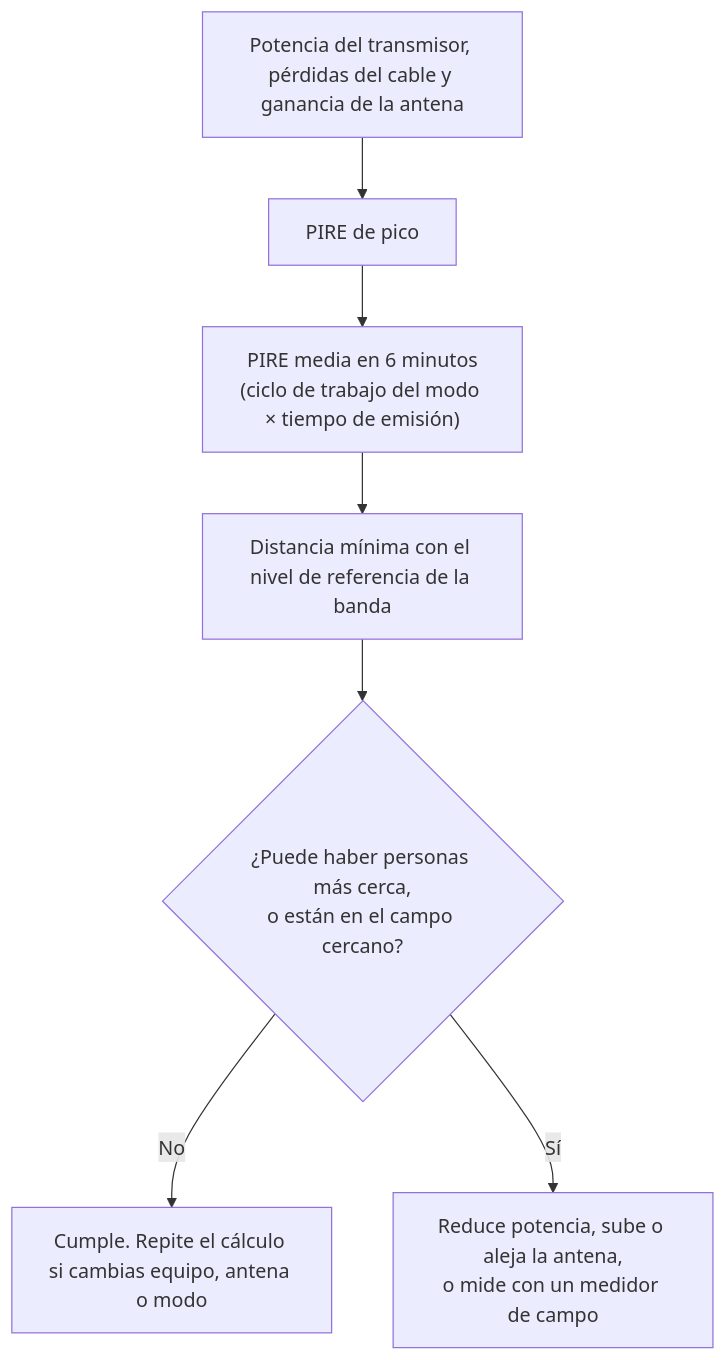
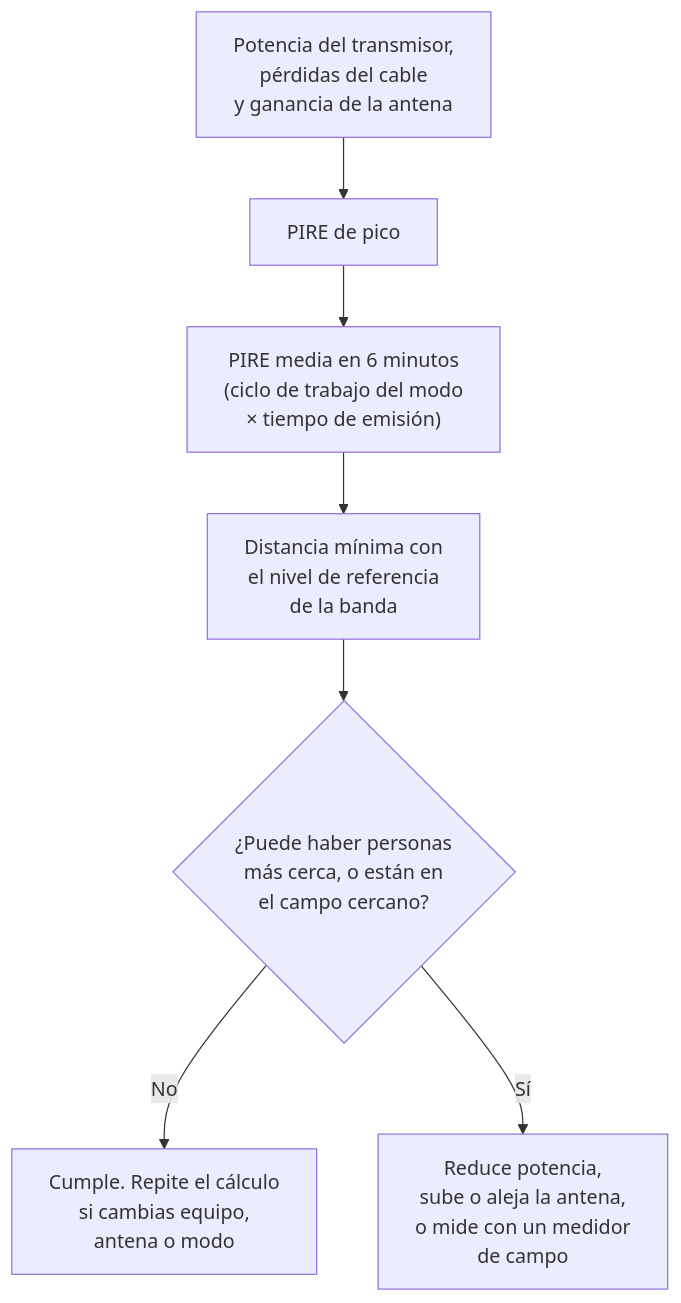
One commit to mshodai/manual-radioaficionado changed the diagram in docs/03-seguridad.md. Above: the diagram before and after it, drawn with Mermaid. The commit also changed 33 other files, not shown here.

````diff
--- a/docs/03-seguridad.md
+++ b/docs/03-seguridad.md
@@ -152,9 +152,9 @@
 ```mermaid
 flowchart TD
-    A["Potencia del transmisor, pérdidas del cable y ganancia de la antena"] --> B["PIRE de pico"]
-    B --> C["PIRE media en 6 minutos<br/>(ciclo de trabajo del modo × tiempo de emisión)"]
-    C --> D["Distancia mínima con el nivel de referencia de la banda"]
-    D --> E{"¿Puede haber personas más cerca,<br/>o están en el campo cercano?"}
-    E -- No --> F["Cumple. Repite el cálculo si cambias equipo, antena o modo"]
-    E -- Sí --> G["Reduce potencia, sube o aleja la antena,<br/>o mide con un medidor de campo"]
+    A["Potencia del transmisor,<br/>pérdidas del cable<br/>y ganancia de la antena"] --> B["PIRE de pico"]
+    B --> C["PIRE media en 6 minutos<br/>(ciclo de trabajo del modo<br/>× tiempo de emisión)"]
+    C --> D["Distancia mínima con<br/>el nivel de referencia<br/>de la banda"]
+    D --> E{"¿Puede haber personas<br/>más cerca, o están en<br/>el campo cercano?"}
+    E -- No --> F["Cumple. Repite el cálculo<br/>si cambias equipo,<br/>antena o modo"]
+    E -- Sí --> G["Reduce potencia,<br/>sube o aleja la antena,<br/>o mide con un medidor<br/>de campo"]
 ```
````
